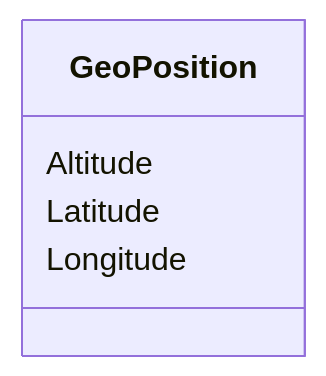
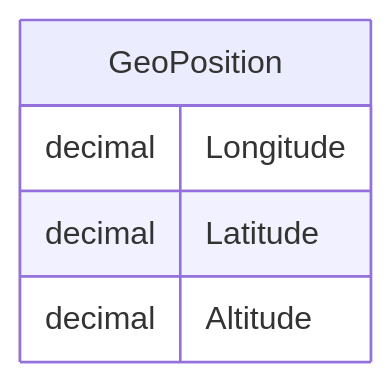
The diagram in docs/GeoPosition.md (cdisc-org/DataExchange-ODM-LinkML), drawn with Mermaid before and after one commit. The commit also changed other lines of this file and 181 other files, not shown here.

Commit message:
ER diagrams working via templates and removing names with underscores

````diff
--- a/docs/GeoPosition.md
+++ b/docs/GeoPosition.md
@@ -14,11 +11,11 @@
 ```mermaid
- classDiagram
-    class GeoPosition
-      GeoPosition : Altitude
-        
-      GeoPosition : Latitude
-        
-      GeoPosition : Longitude
-        
-      
+erDiagram
+GeoPosition {
+    decimal Longitude  
+    decimal Latitude  
+    decimal Altitude  
+}
+
+
+
 ```
````
